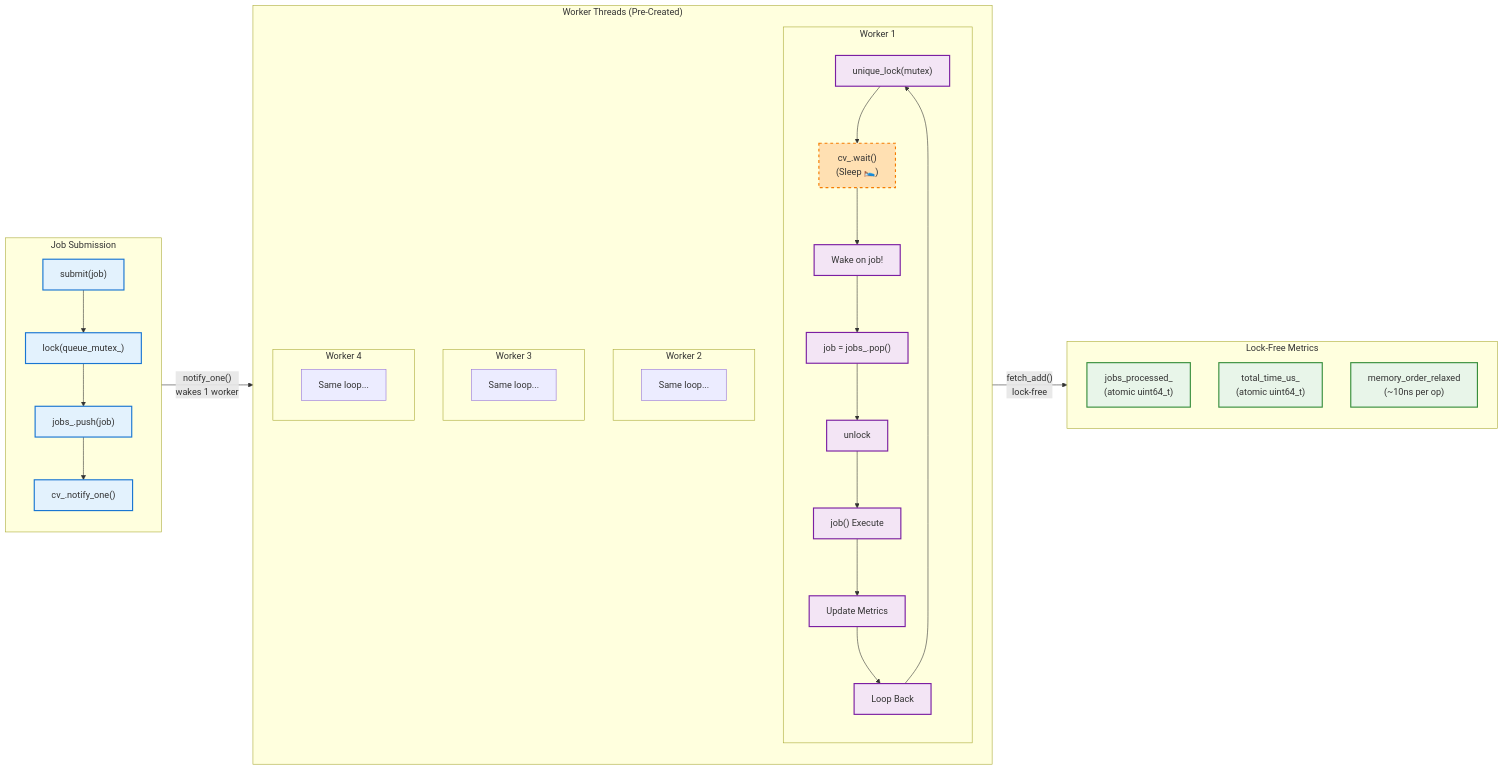
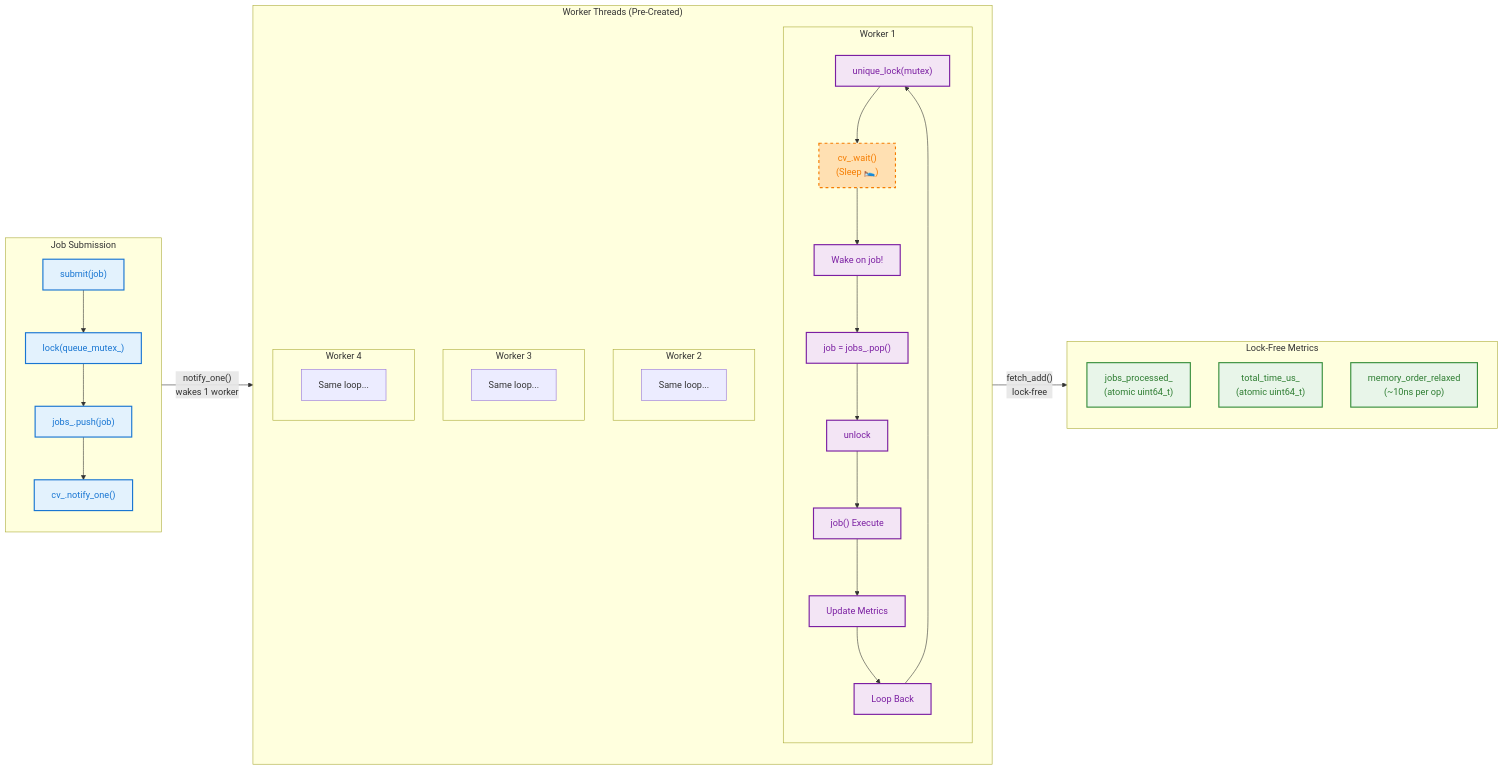
One commit to amareshkumar/telemetryhub changed the third of 10 diagrams in docs/MULTITHREADING_ARCHITECTURE_DIAGRAM.md. Above: the diagram before and after it, drawn with Mermaid. The commit also changed other lines of this file and 7 other files, not shown here.

````diff
--- a/docs/MULTITHREADING_ARCHITECTURE_DIAGRAM.md
+++ b/docs/MULTITHREADING_ARCHITECTURE_DIAGRAM.md
@@ -131,59 +131,59 @@
 ```mermaid
 flowchart LR
     subgraph Submit["Job Submission"]
         direction TB
         S1["submit(job)"]
         S2["lock(queue_mutex_)"]
         S3["jobs_.push(job)"]
         S4["cv_.notify_one()"]
         S1 --> S2 --> S3 --> S4
     end
     
     subgraph Workers["Worker Threads (Pre-Created)"]
         direction TB
         subgraph W1["Worker 1"]
             direction TB
             W1A["unique_lock(mutex)"]
             W1B["cv_.wait()<br/>(Sleep 🛌)"]
             W1C["Wake on job!"]
             W1D["job = jobs_.pop()"]
             W1E["unlock"]
             W1F["job() Execute"]
             W1G["Update Metrics"]
             W1H["Loop Back"]
             W1A --> W1B --> W1C --> W1D --> W1E --> W1F --> W1G --> W1H --> W1A
         end
         
         subgraph W2["Worker 2"]
             W2A["Same loop..."]
         end
         
         subgraph W3["Worker 3"]
             W3A["Same loop..."]
         end
         
         subgraph W4["Worker 4"]
             W4A["Same loop..."]
         end
     end
     
     subgraph Metrics["Lock-Free Metrics"]
         direction TB
         M1["jobs_processed_<br/>(atomic uint64_t)"]
         M2["total_time_us_<br/>(atomic uint64_t)"]
         M3["memory_order_relaxed<br/>(~10ns per op)"]
     end
     
     Submit -->|"notify_one()<br/>wakes 1 worker"| Workers
     Workers -->|"fetch_add()<br/>lock-free"| Metrics
     
-    classDef submitStyle fill:#e3f2fd,stroke:#1976d2,stroke-width:2px
-    classDef workerStyle fill:#f3e5f5,stroke:#7b1fa2,stroke-width:2px
-    classDef metricStyle fill:#e8f5e9,stroke:#388e3c,stroke-width:2px
-    classDef sleepStyle fill:#ffe0b2,stroke:#f57c00,stroke-width:2px,stroke-dasharray: 5 5
+    classDef submitStyle fill:#e3f2fd,stroke:#1976d2,stroke-width:2px,color:#1976d2
+    classDef workerStyle fill:#f3e5f5,stroke:#7b1fa2,stroke-width:2px,color:#7b1fa2
+    classDef metricStyle fill:#e8f5e9,stroke:#388e3c,stroke-width:2px,color:#2e7d32
+    classDef sleepStyle fill:#ffe0b2,stroke:#f57c00,stroke-width:2px,stroke-dasharray: 5 5,color:#f57c00
     
     class S1,S2,S3,S4 submitStyle
     class W1A,W1C,W1D,W1E,W1F,W1G,W1H workerStyle
     class W1B sleepStyle
     class M1,M2,M3 metricStyle
 ```
````
